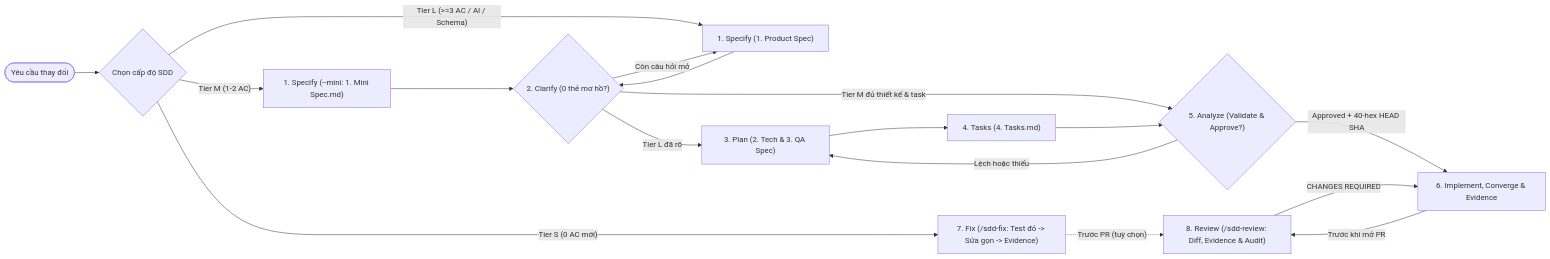
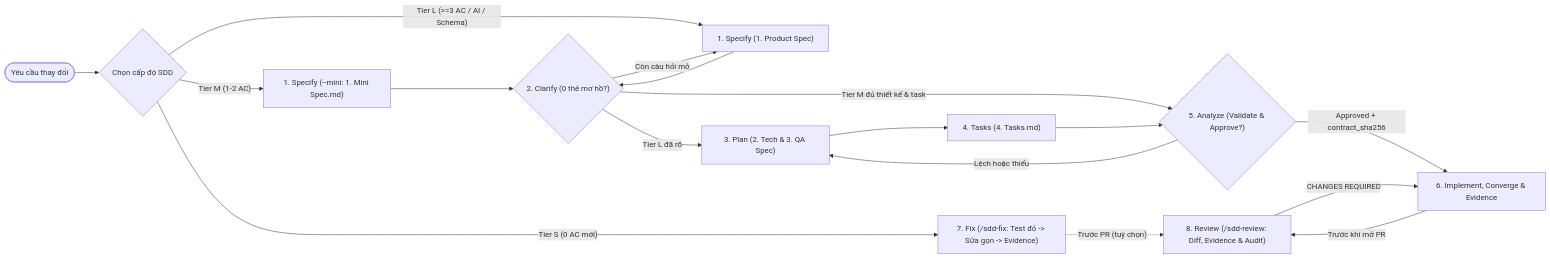
Before and after one commit to thinh1995/blueprint-ai: the diagram in docs/current/00 - Onboarding/6. Spec-Driven Feature Prompts.md, drawn with Mermaid. The commit also changed other lines of this file and 48 other files, not shown here.

Commit message:
feat: ship v0.7.2 context diet, _sdd_core, contract_sha256, and fast unittest suite

````diff
--- a/docs/current/00 - Onboarding/6. Spec-Driven Feature Prompts.md
+++ b/docs/current/00 - Onboarding/6. Spec-Driven Feature Prompts.md
@@ -42,19 +42,19 @@
 ```mermaid
 flowchart LR
   Start(["Yêu cầu thay đổi"]) --> Tier{"Chọn cấp độ SDD"}
   Tier -->|"Tier S (0 AC mới)"| Fix["7. Fix (/sdd-fix: Test đỏ -> Sửa gọn -> Evidence)"]
   Tier -->|"Tier M (1-2 AC)"| Mini["1. Specify (--mini: 1. Mini Spec.md)"]
   Tier -->|"Tier L (>=3 AC / AI / Schema)"| S1["1. Specify (1. Product Spec)"]
   Mini --> S2{"2. Clarify (0 thẻ mơ hồ?)"}
   S1 --> S2
   S2 -->|"Còn câu hỏi mở"| S1
   S2 -->|"Tier L đã rõ"| S3["3. Plan (2. Tech & 3. QA Spec)"]
   S3 --> S4["4. Tasks (4. Tasks.md)"]
   S2 -->|"Tier M đủ thiết kế & task"| S5{"5. Analyze (Validate & Approve?)"}
   S4 --> S5
   S5 -->|"Lệch hoặc thiếu"| S3
-  S5 -->|"Approved + 40-hex HEAD SHA"| S6["6. Implement, Converge & Evidence"]
+  S5 -->|"Approved + contract_sha256"| S6["6. Implement, Converge & Evidence"]
   S6 -->|"Trước khi mở PR"| S8["8. Review (/sdd-review: Diff, Evidence & Audit)"]
   Fix -.->|"Trước PR (tuỳ chọn)"| S8
   S8 -->|"CHANGES REQUIRED"| S6
 ```
````
